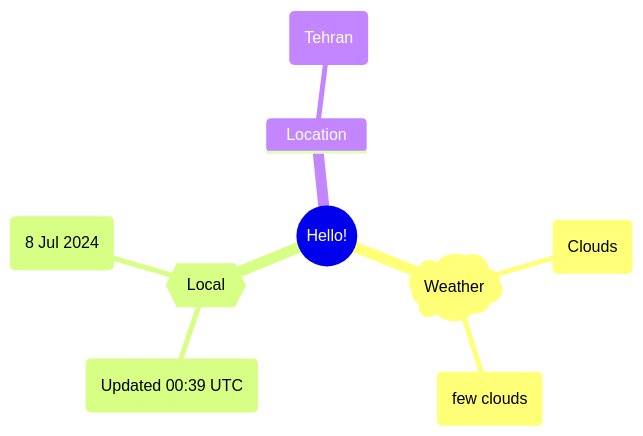
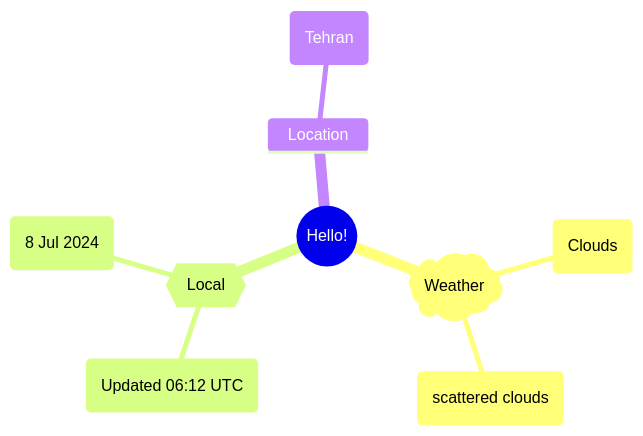
The first of 2 diagrams in README.md (Xosrov/Xosrov), drawn with Mermaid before and after one commit.

Commit message:
[bot] updated images

````diff
--- a/README.md
+++ b/README.md
@@ -3,12 +3,12 @@
 ```mermaid
 mindmap
   root((Hello!))
     )Weather(
         (Clouds)
-        (few clouds)
+        (scattered clouds)
     {{Local}}
-        (Updated 00:39 UTC)
+        (Updated 06:12 UTC)
         (8 Jul 2024)
     Location
         (Tehran)
 ```
````
